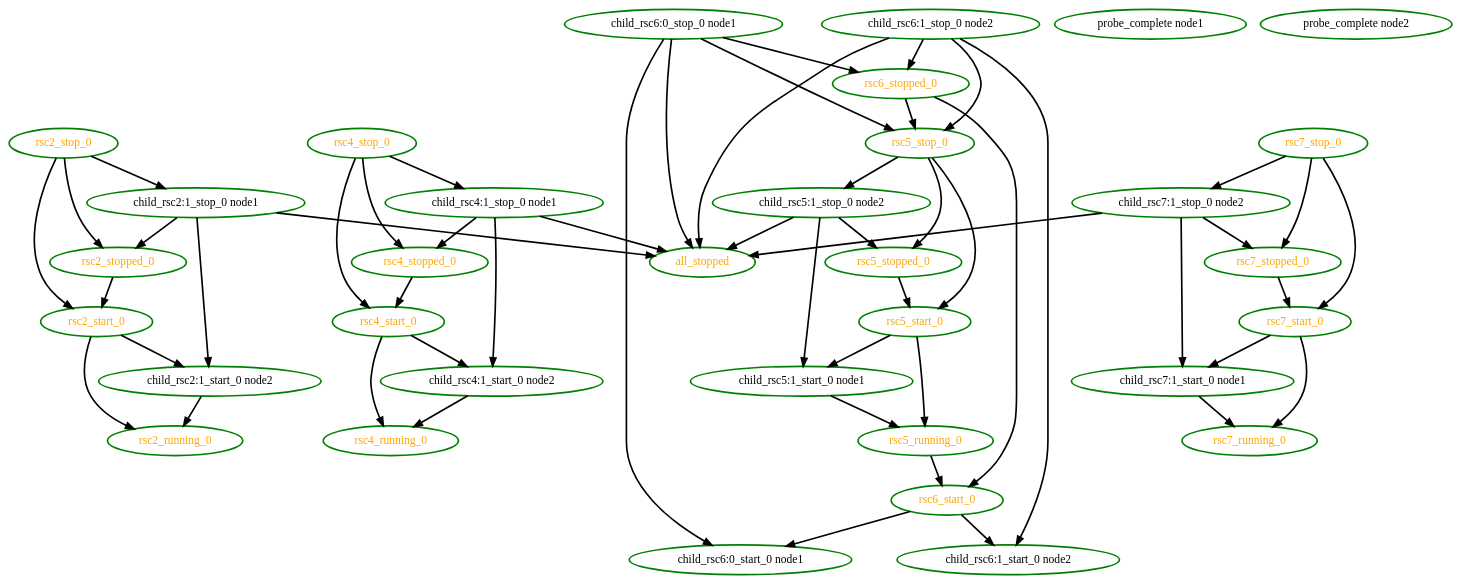
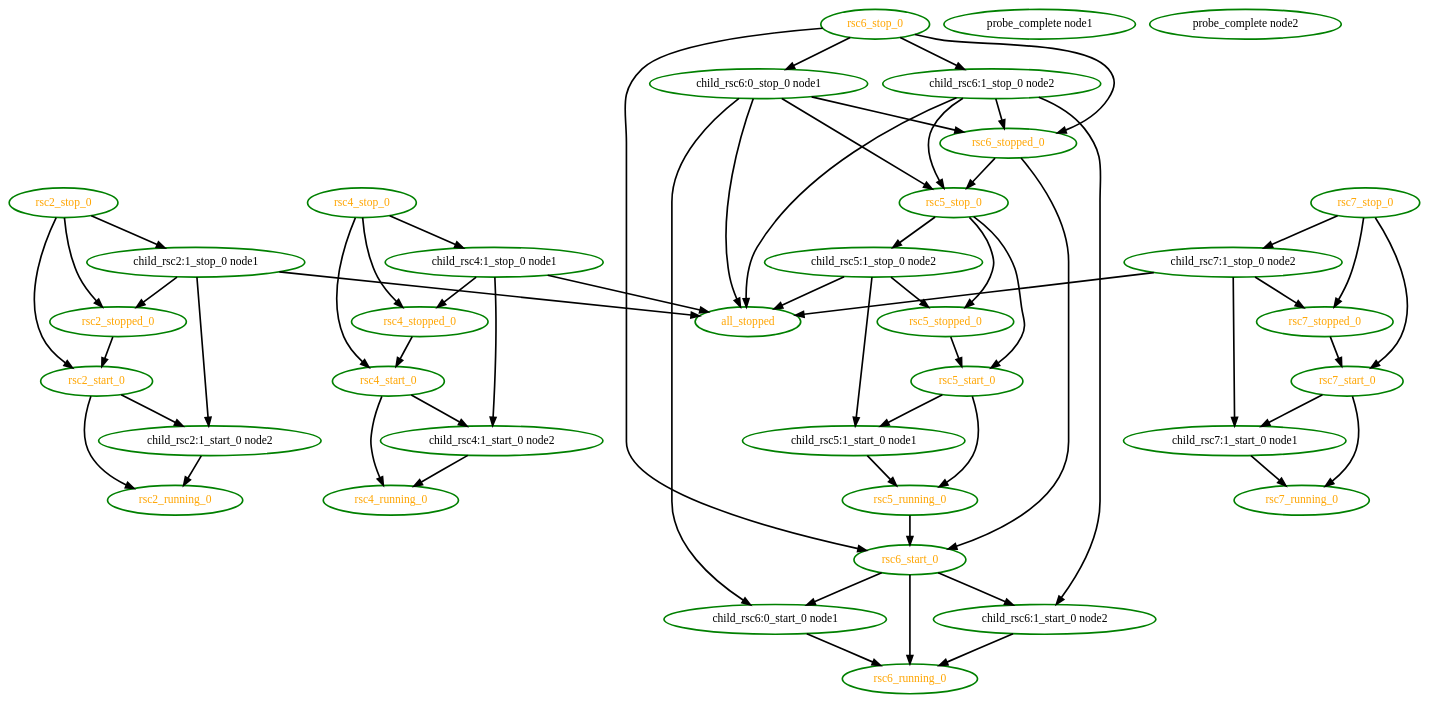
The diagram in pengine/testcases/inc6.dot (linux-ha-japan/pm_diskd), drawn with Graphviz before and after one commit. The commit also changed 5 other files, not shown here.

Commit message:
Low: PE: Use pe_order_implies_*_printed for clone meta actions This ensures the meta actions are part of the graph but doesn't cause unecessary resource restarts

```diff
--- a/pengine/testcases/inc6.dot
+++ b/pengine/testcases/inc6.dot
@@ -1,88 +1,97 @@
  digraph "g" {
 "all_stopped" [ style=bold color="green" fontcolor="orange"  ]
 "child_rsc2:1_start_0 node2" -> "rsc2_running_0" [ style = bold]
 "child_rsc2:1_start_0 node2" [ style=bold color="green" fontcolor="black" ]
 "child_rsc2:1_stop_0 node1" -> "all_stopped" [ style = bold]
 "child_rsc2:1_stop_0 node1" -> "child_rsc2:1_start_0 node2" [ style = bold]
 "child_rsc2:1_stop_0 node1" -> "rsc2_stopped_0" [ style = bold]
 "child_rsc2:1_stop_0 node1" [ style=bold color="green" fontcolor="black" ]
 "child_rsc4:1_start_0 node2" -> "rsc4_running_0" [ style = bold]
 "child_rsc4:1_start_0 node2" [ style=bold color="green" fontcolor="black" ]
 "child_rsc4:1_stop_0 node1" -> "all_stopped" [ style = bold]
 "child_rsc4:1_stop_0 node1" -> "child_rsc4:1_start_0 node2" [ style = bold]
 "child_rsc4:1_stop_0 node1" -> "rsc4_stopped_0" [ style = bold]
 "child_rsc4:1_stop_0 node1" [ style=bold color="green" fontcolor="black" ]
 "child_rsc5:1_start_0 node1" -> "rsc5_running_0" [ style = bold]
 "child_rsc5:1_start_0 node1" [ style=bold color="green" fontcolor="black" ]
 "child_rsc5:1_stop_0 node2" -> "all_stopped" [ style = bold]
 "child_rsc5:1_stop_0 node2" -> "child_rsc5:1_start_0 node1" [ style = bold]
 "child_rsc5:1_stop_0 node2" -> "rsc5_stopped_0" [ style = bold]
 "child_rsc5:1_stop_0 node2" [ style=bold color="green" fontcolor="black" ]
+"child_rsc6:0_start_0 node1" -> "rsc6_running_0" [ style = bold]
 "child_rsc6:0_start_0 node1" [ style=bold color="green" fontcolor="black"  ]
 "child_rsc6:0_stop_0 node1" -> "all_stopped" [ style = bold]
 "child_rsc6:0_stop_0 node1" -> "child_rsc6:0_start_0 node1" [ style = bold]
 "child_rsc6:0_stop_0 node1" -> "rsc5_stop_0" [ style = bold]
 "child_rsc6:0_stop_0 node1" -> "rsc6_stopped_0" [ style = bold]
 "child_rsc6:0_stop_0 node1" [ style=bold color="green" fontcolor="black"  ]
+"child_rsc6:1_start_0 node2" -> "rsc6_running_0" [ style = bold]
 "child_rsc6:1_start_0 node2" [ style=bold color="green" fontcolor="black"  ]
 "child_rsc6:1_stop_0 node2" -> "all_stopped" [ style = bold]
 "child_rsc6:1_stop_0 node2" -> "child_rsc6:1_start_0 node2" [ style = bold]
 "child_rsc6:1_stop_0 node2" -> "rsc5_stop_0" [ style = bold]
 "child_rsc6:1_stop_0 node2" -> "rsc6_stopped_0" [ style = bold]
 "child_rsc6:1_stop_0 node2" [ style=bold color="green" fontcolor="black"  ]
 "child_rsc7:1_start_0 node1" -> "rsc7_running_0" [ style = bold]
 "child_rsc7:1_start_0 node1" [ style=bold color="green" fontcolor="black" ]
 "child_rsc7:1_stop_0 node2" -> "all_stopped" [ style = bold]
 "child_rsc7:1_stop_0 node2" -> "child_rsc7:1_start_0 node1" [ style = bold]
 "child_rsc7:1_stop_0 node2" -> "rsc7_stopped_0" [ style = bold]
 "child_rsc7:1_stop_0 node2" [ style=bold color="green" fontcolor="black" ]
 "probe_complete node1" [ style=bold color="green" fontcolor="black" ]
 "probe_complete node2" [ style=bold color="green" fontcolor="black" ]
 "rsc2_running_0" [ style=bold color="green" fontcolor="orange" ]
 "rsc2_start_0" -> "child_rsc2:1_start_0 node2" [ style = bold]
 "rsc2_start_0" -> "rsc2_running_0" [ style = bold]
 "rsc2_start_0" [ style=bold color="green" fontcolor="orange" ]
 "rsc2_stop_0" -> "child_rsc2:1_stop_0 node1" [ style = bold]
 "rsc2_stop_0" -> "rsc2_start_0" [ style = bold]
 "rsc2_stop_0" -> "rsc2_stopped_0" [ style = bold]
 "rsc2_stop_0" [ style=bold color="green" fontcolor="orange" ]
 "rsc2_stopped_0" -> "rsc2_start_0" [ style = bold]
 "rsc2_stopped_0" [ style=bold color="green" fontcolor="orange" ]
 "rsc4_running_0" [ style=bold color="green" fontcolor="orange" ]
 "rsc4_start_0" -> "child_rsc4:1_start_0 node2" [ style = bold]
 "rsc4_start_0" -> "rsc4_running_0" [ style = bold]
 "rsc4_start_0" [ style=bold color="green" fontcolor="orange" ]
 "rsc4_stop_0" -> "child_rsc4:1_stop_0 node1" [ style = bold]
 "rsc4_stop_0" -> "rsc4_start_0" [ style = bold]
 "rsc4_stop_0" -> "rsc4_stopped_0" [ style = bold]
 "rsc4_stop_0" [ style=bold color="green" fontcolor="orange" ]
 "rsc4_stopped_0" -> "rsc4_start_0" [ style = bold]
 "rsc4_stopped_0" [ style=bold color="green" fontcolor="orange" ]
 "rsc5_running_0" -> "rsc6_start_0" [ style = bold]
 "rsc5_running_0" [ style=bold color="green" fontcolor="orange" ]
 "rsc5_start_0" -> "child_rsc5:1_start_0 node1" [ style = bold]
 "rsc5_start_0" -> "rsc5_running_0" [ style = bold]
 "rsc5_start_0" [ style=bold color="green" fontcolor="orange" ]
 "rsc5_stop_0" -> "child_rsc5:1_stop_0 node2" [ style = bold]
 "rsc5_stop_0" -> "rsc5_start_0" [ style = bold]
 "rsc5_stop_0" -> "rsc5_stopped_0" [ style = bold]
 "rsc5_stop_0" [ style=bold color="green" fontcolor="orange" ]
 "rsc5_stopped_0" -> "rsc5_start_0" [ style = bold]
 "rsc5_stopped_0" [ style=bold color="green" fontcolor="orange" ]
+"rsc6_running_0" [ style=bold color="green" fontcolor="orange"  ]
 "rsc6_start_0" -> "child_rsc6:0_start_0 node1" [ style = bold]
 "rsc6_start_0" -> "child_rsc6:1_start_0 node2" [ style = bold]
+"rsc6_start_0" -> "rsc6_running_0" [ style = bold]
 "rsc6_start_0" [ style=bold color="green" fontcolor="orange" ]
+"rsc6_stop_0" -> "child_rsc6:0_stop_0 node1" [ style = bold]
+"rsc6_stop_0" -> "child_rsc6:1_stop_0 node2" [ style = bold]
+"rsc6_stop_0" -> "rsc6_start_0" [ style = bold]
+"rsc6_stop_0" -> "rsc6_stopped_0" [ style = bold]
+"rsc6_stop_0" [ style=bold color="green" fontcolor="orange"  ]
 "rsc6_stopped_0" -> "rsc5_stop_0" [ style = bold]
 "rsc6_stopped_0" -> "rsc6_start_0" [ style = bold]
 "rsc6_stopped_0" [ style=bold color="green" fontcolor="orange"  ]
 "rsc7_running_0" [ style=bold color="green" fontcolor="orange" ]
 "rsc7_start_0" -> "child_rsc7:1_start_0 node1" [ style = bold]
 "rsc7_start_0" -> "rsc7_running_0" [ style = bold]
 "rsc7_start_0" [ style=bold color="green" fontcolor="orange" ]
 "rsc7_stop_0" -> "child_rsc7:1_stop_0 node2" [ style = bold]
 "rsc7_stop_0" -> "rsc7_start_0" [ style = bold]
 "rsc7_stop_0" -> "rsc7_stopped_0" [ style = bold]
 "rsc7_stop_0" [ style=bold color="green" fontcolor="orange" ]
 "rsc7_stopped_0" -> "rsc7_start_0" [ style = bold]
 "rsc7_stopped_0" [ style=bold color="green" fontcolor="orange" ]
 }
```
